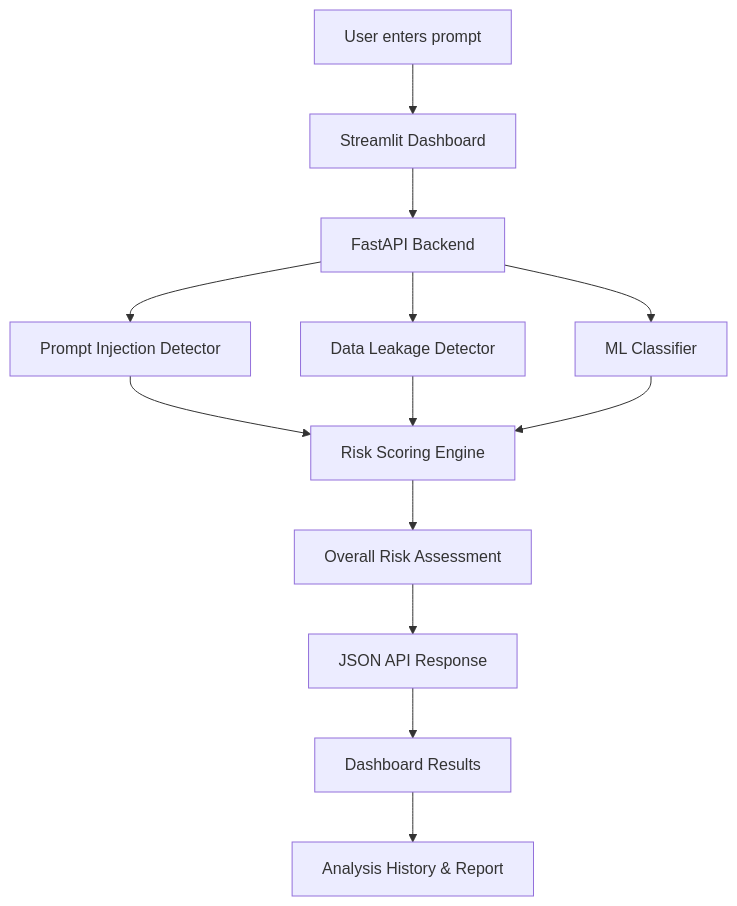
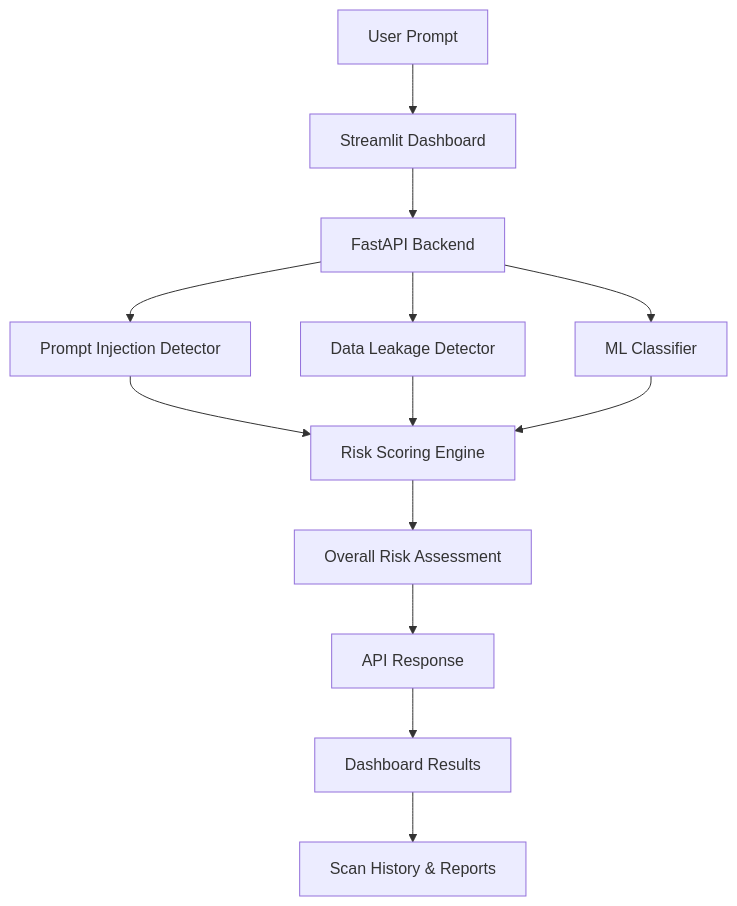
Before and after one commit to ESanjana246/PromptShield: the diagram in README.md, drawn with Mermaid. The commit also changed other lines of this file and 5 other files, not shown here.

````diff
--- a/README.md
+++ b/README.md
@@ -27,15 +38,15 @@
 ```mermaid
 flowchart TD
-    A["User enters prompt"] --> B["Streamlit Dashboard"]
+    A["User Prompt"] --> B["Streamlit Dashboard"]
     B --> C["FastAPI Backend"]
     C --> D["Prompt Injection Detector"]
     C --> E["Data Leakage Detector"]
     C --> F["ML Classifier"]
     D --> G["Risk Scoring Engine"]
     E --> G
     F --> G
     G --> H["Overall Risk Assessment"]
-    H --> I["JSON API Response"]
+    H --> I["API Response"]
     I --> J["Dashboard Results"]
-    J --> K["Analysis History & Report"]
+    J --> K["Scan History & Reports"]
 ```
````
